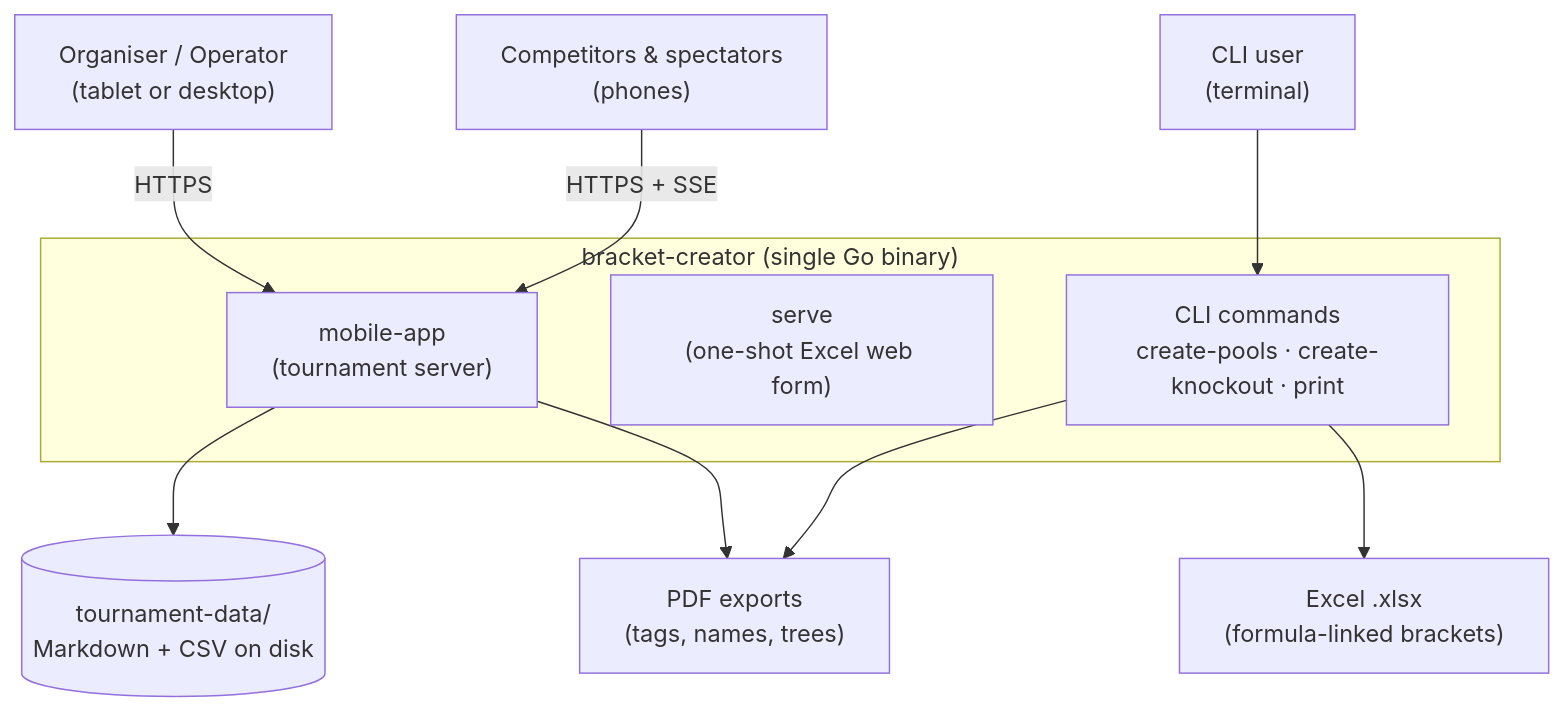
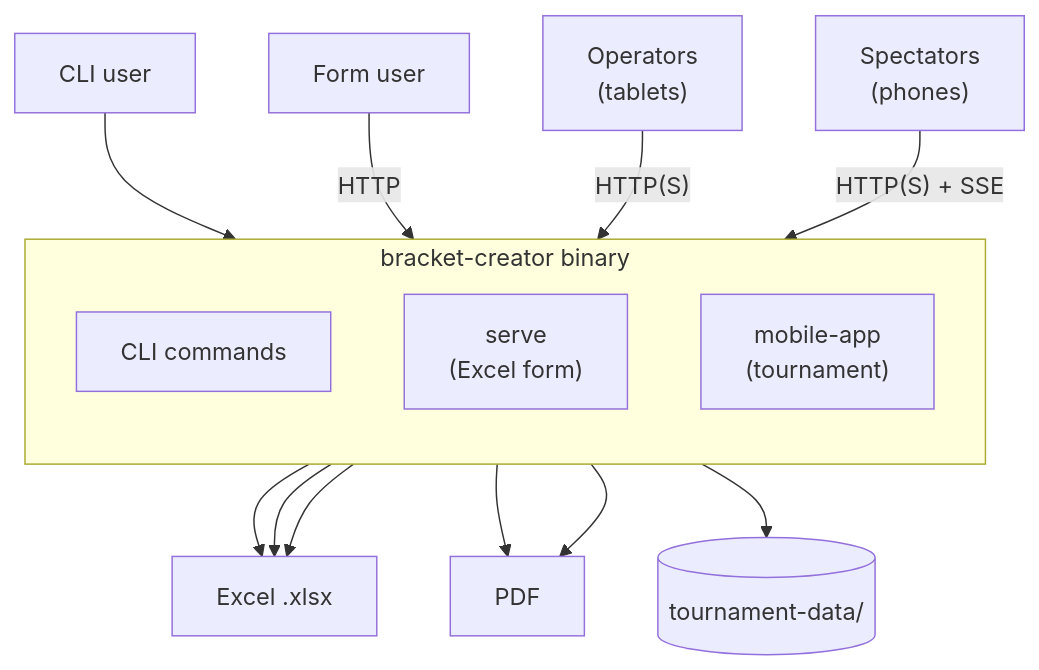
Before and after one commit to gitrgoliveira/bracket-creator: the first of 8 diagrams in docs/architecture/software-architecture.md, drawn with Mermaid. The commit also changed other lines of this file and 49 other files, not shown here.

First line of the commit message:
fix(bc-arch): one transaction for participant edits; WAL stale-log guard; architecture docs

````diff
--- a/docs/architecture/software-architecture.md
+++ b/docs/architecture/software-architecture.md
@@ -11,23 +11,29 @@
 ```mermaid
 flowchart TB
-    operator["Organiser / Operator<br/>(tablet or desktop)"]
-    viewer["Competitors & spectators<br/>(phones)"]
-    cli["CLI user<br/>(terminal)"]
+    cli["CLI user"]
+    formUser["Form user"]
+    operator["Operators<br/>(tablets)"]
+    viewer["Spectators<br/>(phones)"]
 
-    subgraph bin["bracket-creator (single Go binary)"]
-        cliCmds["CLI commands<br/>create-pools · create-knockout · print"]
-        serveCmd["serve<br/>(one-shot Excel web form)"]
-        mobile["mobile-app<br/>(tournament server)"]
+    subgraph bin["bracket-creator binary"]
+        direction TB
+        cliCmds["CLI commands"]
+        serveCmd["serve<br/>(Excel form)"]
+        mobile["mobile-app<br/>(tournament)"]
     end
 
-    excel["Excel .xlsx<br/>(formula-linked brackets)"]
-    pdfs["PDF exports<br/>(tags, names, trees)"]
-    state[("tournament-data/<br/>Markdown + CSV on disk")]
+    excel["Excel .xlsx"]
+    pdfs["PDF"]
+    state[("tournament-data/")]
 
-    cli --> cliCmds --> excel
-    operator -->|HTTPS| mobile
-    viewer -->|HTTPS + SSE| mobile
+    cli --> cliCmds
+    formUser -->|HTTP| serveCmd
+    operator -->|"HTTP(S)"| mobile
+    viewer -->|"HTTP(S) + SSE"| mobile
+    cliCmds --> excel
+    cliCmds --> pdfs
+    serveCmd --> excel
     mobile --> state
+    mobile --> excel
     mobile --> pdfs
-    cliCmds --> pdfs
 ```
````
